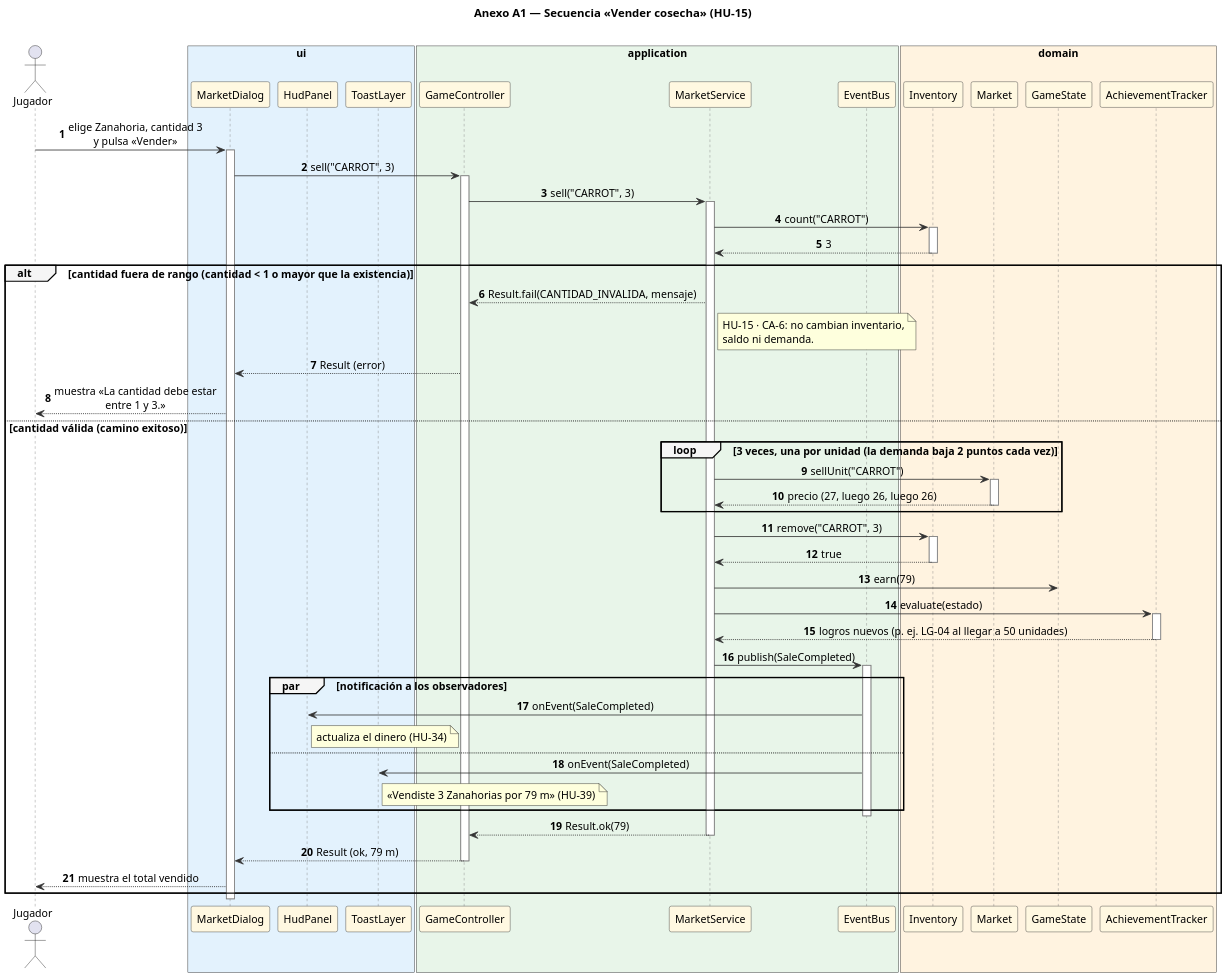
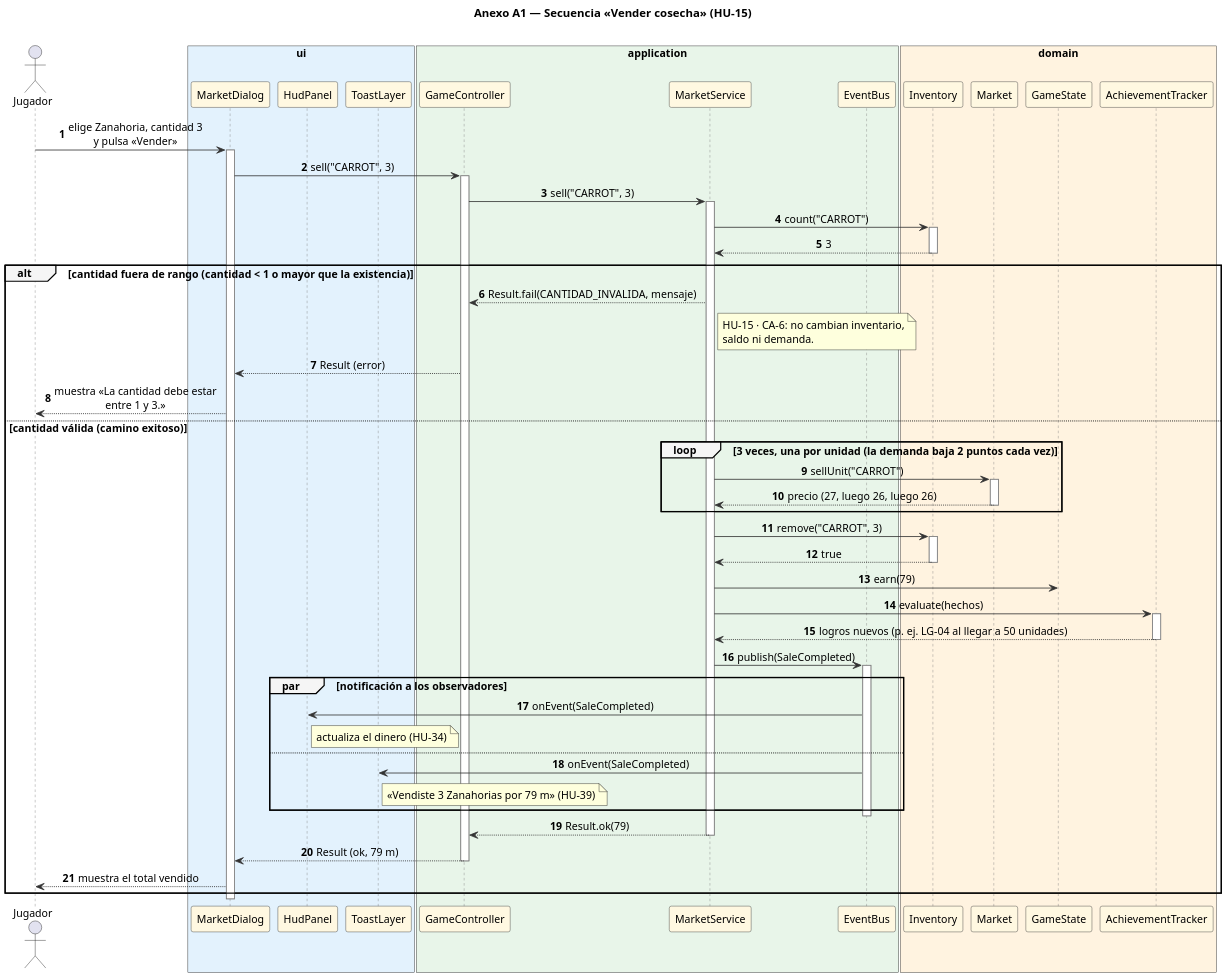
Before and after one commit to MarioZaMu/valle-verde: the diagram in docs/diagramas/A1_secuencia_vender_cosecha.puml, drawn with PlantUML. The commit also changed 5 other files, not shown here.

Commit message:
docs(diagrams): break game-progress cycle with ProgressFacts and add GameSession, StateRandom

```diff
--- a/docs/diagramas/A1_secuencia_vender_cosecha.puml
+++ b/docs/diagramas/A1_secuencia_vender_cosecha.puml
@@ -1,94 +1,94 @@
 @startuml A1_secuencia_vender_cosecha
 /'
   Anexo A1 — Diagrama de secuencia «Vender cosecha»  ·  Cubre: HU-15 (CA-1, CA-6), HU-26 (LG-04), HU-38, HU-34, HU-39;
   RF-15, RF-26, RF-34, RF-38, RF-39; RN-14, RN-15, RN-17, RN-18, RN-28, RN-35.
   Taller bloque 7: cada mensaje corresponde a una operación del diagrama de clases (03_vista_logica) y el flujo incluye
   el camino exitoso y el camino de error. Ejemplo numérico: 3 Zanahorias en Primavera con demanda 100 → 27 + 26 + 26 = 79 m.
 '/
 skinparam dpi 150
 skinparam shadowing false
 skinparam defaultFontName Arial
 skinparam defaultFontSize 13
 skinparam sequenceMessageAlign center
 skinparam sequence {
   ArrowColor #333333
   LifeLineBorderColor #7F7F7F
   ParticipantBackgroundColor #FFF8E1
   ParticipantBorderColor #333333
   GroupBackgroundColor #F5F5F5
 }
 autonumber "<b>0"
 
 title Anexo A1 — Secuencia «Vender cosecha» (HU-15)\n
 
 actor Jugador
 box "ui" #E3F2FD
   participant MarketDialog
   participant HudPanel
   participant ToastLayer
 end box
 box "application" #E8F5E9
   participant GameController
   participant MarketService
   participant EventBus
 end box
 box "domain" #FFF3E0
   participant Inventory
   participant Market
   participant GameState
   participant AchievementTracker
 end box
 
 Jugador -> MarketDialog : elige Zanahoria, cantidad 3\ny pulsa «Vender»
 activate MarketDialog
 MarketDialog -> GameController : sell("CARROT", 3)
 activate GameController
 GameController -> MarketService : sell("CARROT", 3)
 activate MarketService
 MarketService -> Inventory : count("CARROT")
 activate Inventory
 Inventory --> MarketService : 3
 deactivate Inventory
 
 alt cantidad fuera de rango (cantidad < 1 o mayor que la existencia)
   MarketService --> GameController : Result.fail(CANTIDAD_INVALIDA, mensaje)
   note right of MarketService
     HU-15 · CA-6: no cambian inventario,
     saldo ni demanda.
   end note
   GameController --> MarketDialog : Result (error)
   MarketDialog --> Jugador : muestra «La cantidad debe estar\nentre 1 y 3.»
 else cantidad válida (camino exitoso)
   loop 3 veces, una por unidad (la demanda baja 2 puntos cada vez)
     MarketService -> Market : sellUnit("CARROT")
     activate Market
     Market --> MarketService : precio (27, luego 26, luego 26)
     deactivate Market
   end
   MarketService -> Inventory : remove("CARROT", 3)
   activate Inventory
   Inventory --> MarketService : true
   deactivate Inventory
   MarketService -> GameState : earn(79)
-  MarketService -> AchievementTracker : evaluate(estado)
+  MarketService -> AchievementTracker : evaluate(hechos)
   activate AchievementTracker
   AchievementTracker --> MarketService : logros nuevos (p. ej. LG-04 al llegar a 50 unidades)
   deactivate AchievementTracker
   MarketService -> EventBus : publish(SaleCompleted)
   activate EventBus
   par notificación a los observadores
     EventBus -> HudPanel : onEvent(SaleCompleted)
     note right of HudPanel : actualiza el dinero (HU-34)
   else
     EventBus -> ToastLayer : onEvent(SaleCompleted)
     note right of ToastLayer : «Vendiste 3 Zanahorias por 79 m» (HU-39)
   end
   deactivate EventBus
   MarketService --> GameController : Result.ok(79)
   deactivate MarketService
   GameController --> MarketDialog : Result (ok, 79 m)
   deactivate GameController
   MarketDialog --> Jugador : muestra el total vendido
 end
 deactivate MarketDialog
 @enduml
```
